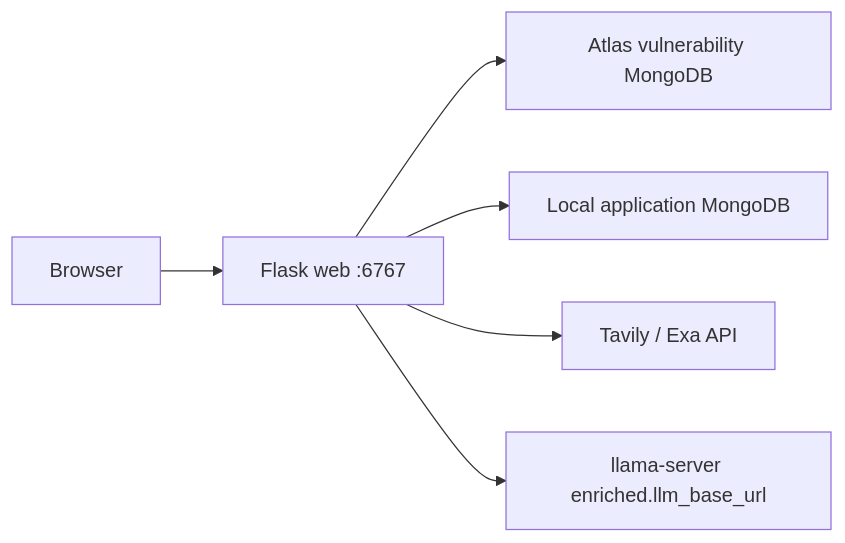
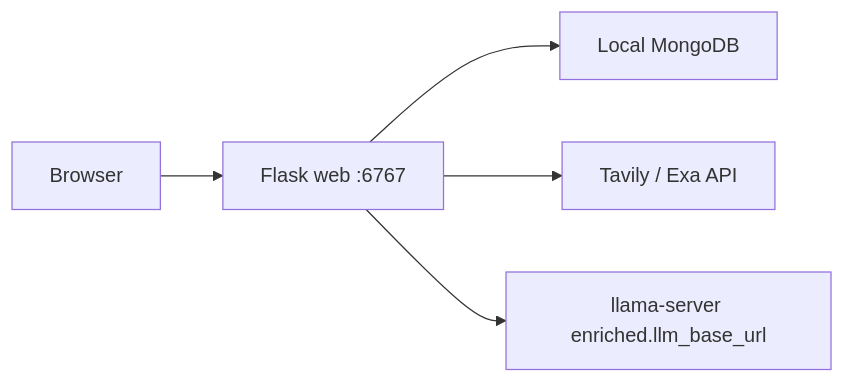
One commit to Benchan691/VulnBrief changed the diagram in README.md. Above: the diagram before and after it, drawn with Mermaid. The commit also changed other lines of this file and 17 other files, not shown here.

First line of the commit message:
Update MongoDB configuration and enhance documentation for local deployment

````diff
--- a/README.md
+++ b/README.md
@@ -14,8 +14,7 @@
 ```mermaid
 flowchart LR
   Browser --> Web["Flask web :6767"]
-  Web --> Atlas["Atlas vulnerability MongoDB"]
-  Web --> LocalMongo["Local application MongoDB"]
+  Web --> LocalMongo["Local MongoDB"]
   Web --> Search["Tavily / Exa API"]
   Web --> Llama["llama-server enriched.llm_base_url"]
 ```
````
